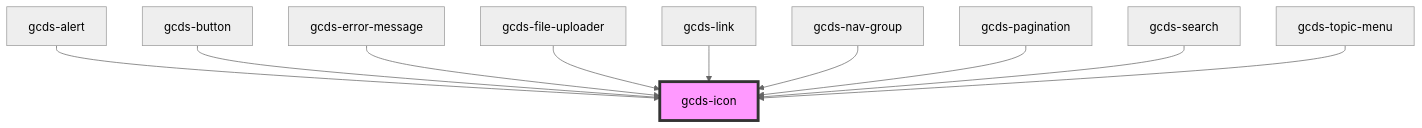
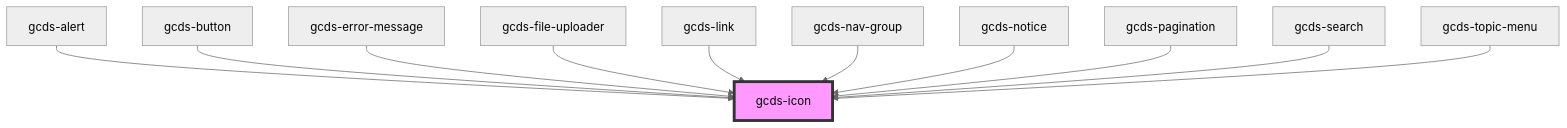
One commit to cds-snc/gcds-components changed the diagram in packages/web/src/components/gcds-icon/readme.md. Above: the diagram before and after it, drawn with Mermaid (neutral theme). The commit also changed other lines of this file and 11 other files, not shown here.

````diff
--- a/packages/web/src/components/gcds-icon/readme.md
+++ b/packages/web/src/components/gcds-icon/readme.md
@@ -36,13 +37,14 @@
 ```mermaid
 graph TD;
   gcds-alert --> gcds-icon
   gcds-button --> gcds-icon
   gcds-error-message --> gcds-icon
   gcds-file-uploader --> gcds-icon
   gcds-link --> gcds-icon
   gcds-nav-group --> gcds-icon
+  gcds-notice --> gcds-icon
   gcds-pagination --> gcds-icon
   gcds-search --> gcds-icon
   gcds-topic-menu --> gcds-icon
   style gcds-icon fill:#f9f,stroke:#333,stroke-width:4px
 ```
````
